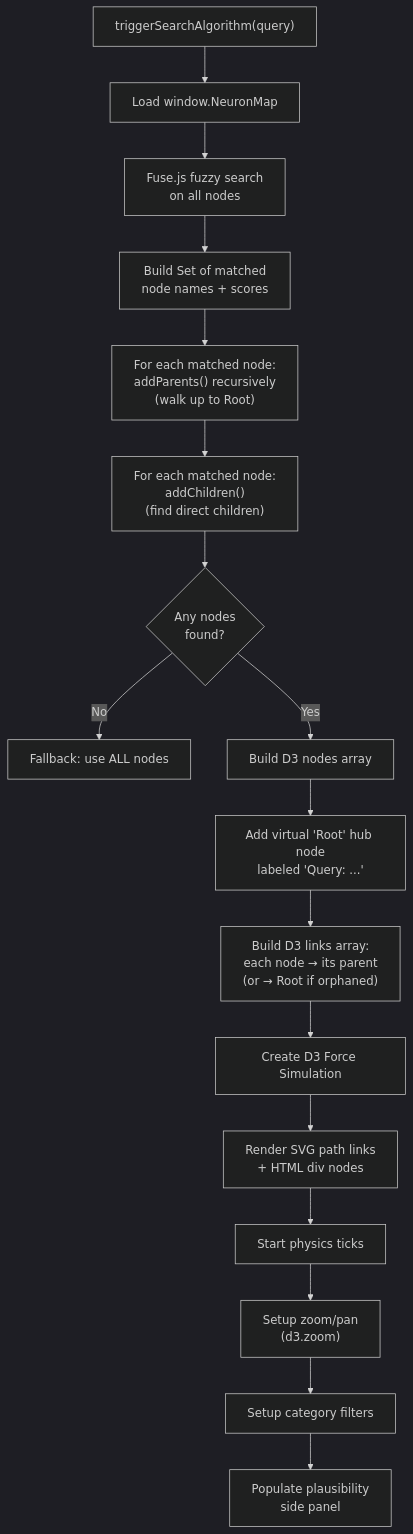
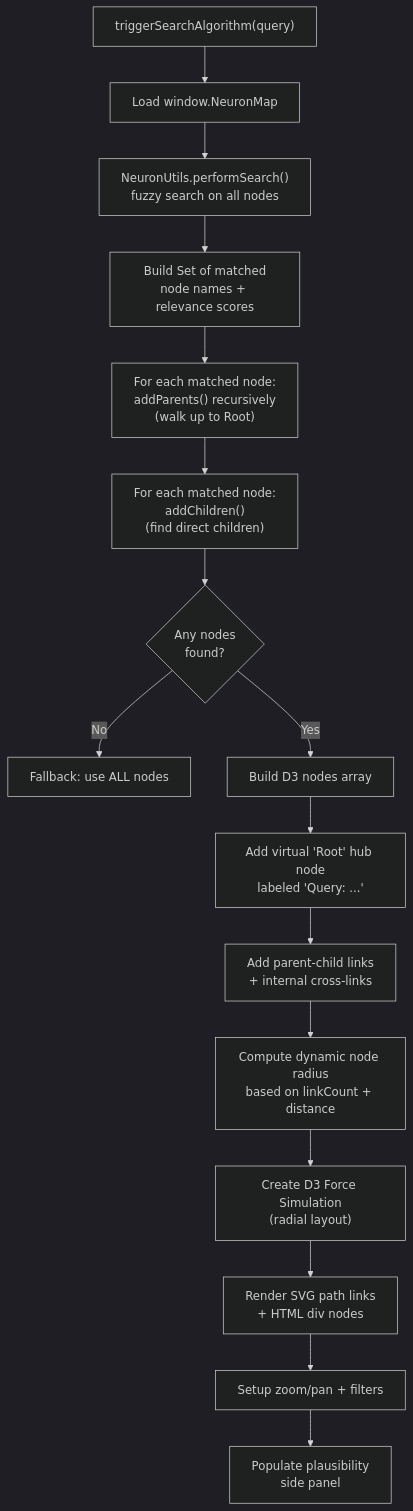
The ninth of 13 diagrams in README.md (Kavyargb/Neuron-IQ), drawn with Mermaid (dark theme) before and after one commit. The commit also changed other lines of this file, not shown here.

First line of the commit message:
Revamp README with architecture, features, PWA

````diff
--- a/README.md
+++ b/README.md
@@ -417,21 +505,20 @@
 ```mermaid
 flowchart TD
     A["triggerSearchAlgorithm(query)"] --> B["Load window.NeuronMap"]
-    B --> C["Fuse.js fuzzy search<br>on all nodes"]
-    C --> D["Build Set of matched<br>node names + scores"]
+    B --> C["NeuronUtils.performSearch()<br>fuzzy search on all nodes"]
+    C --> D["Build Set of matched<br>node names + relevance scores"]
 
     D --> E["For each matched node:<br>addParents() recursively<br>(walk up to Root)"]
     E --> F["For each matched node:<br>addChildren()<br>(find direct children)"]
     F --> G{"Any nodes<br>found?"}
     G -- "No" --> H["Fallback: use ALL nodes"]
     G -- "Yes" --> I["Build D3 nodes array"]
 
     I --> J["Add virtual 'Root' hub node<br>labeled 'Query: ...'"]
-    J --> K["Build D3 links array:<br>each node → its parent<br>(or → Root if orphaned)"]
-    K --> L["Create D3 Force Simulation"]
+    J --> J2["Add parent-child links<br>+ internal cross-links"]
+    J2 --> K["Compute dynamic node radius<br>based on linkCount + distance"]
+    K --> L["Create D3 Force Simulation<br>(radial layout)"]
     L --> M["Render SVG path links<br>+ HTML div nodes"]
-    M --> N["Start physics ticks"]
-    N --> O["Setup zoom/pan<br>(d3.zoom)"]
-    O --> P["Setup category filters"]
-    P --> Q["Populate plausibility<br>side panel"]
+    M --> N["Setup zoom/pan + filters"]
+    N --> O["Populate plausibility<br>side panel"]
 ```
````
